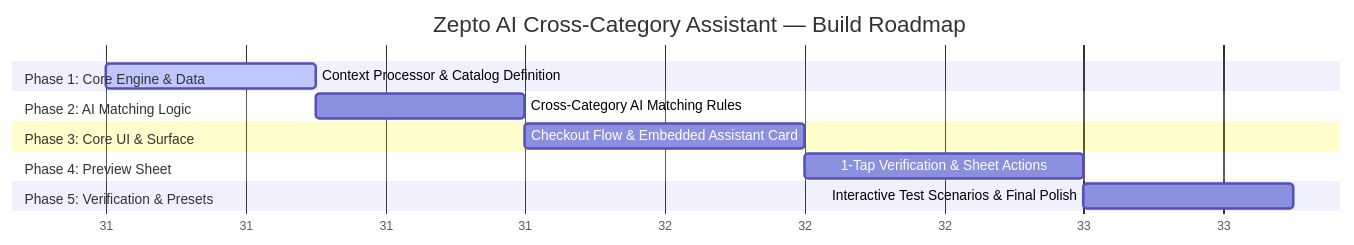
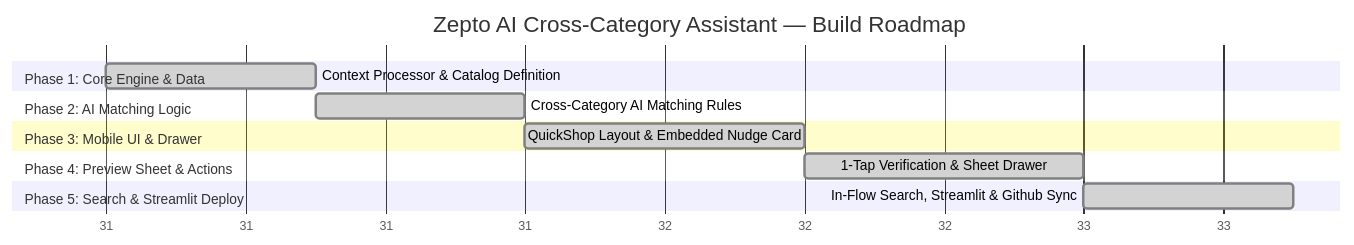
Before and after one commit to kartikey-dotcom/Zepto-MVP: the diagram in Docs/PhaseWiseImplementationPlan.md, drawn with Mermaid. The commit also changed other lines of this file and 2 other files, not shown here.

Commit message:
style: remove Streamlit top header and sync documentation files

````diff
--- a/Docs/PhaseWiseImplementationPlan.md
+++ b/Docs/PhaseWiseImplementationPlan.md
@@ -18,17 +18,17 @@
 ```mermaid
 gantt
     title Zepto AI Cross-Category Assistant — Build Roadmap
     dateFormat  YYYY-MM-DD
     axisFormat %W
 
     section Phase 1: Core Engine & Data
-    Context Processor & Catalog Definition    :active, p1, 2026-08-03, 3d
+    Context Processor & Catalog Definition    :done, p1, 2026-08-03, 3d
     section Phase 2: AI Matching Logic
-    Cross-Category AI Matching Rules           :p2, after p1, 3d
-    section Phase 3: Core UI & Surface
-    Checkout Flow & Embedded Assistant Card    :p3, after p2, 4d
-    section Phase 4: Preview Sheet
-    1-Tap Verification & Sheet Actions         :p4, after p3, 4d
-    section Phase 5: Verification & Presets
-    Interactive Test Scenarios & Final Polish   :p5, after p4, 3d
+    Cross-Category AI Matching Rules           :done, p2, after p1, 3d
+    section Phase 3: Mobile UI & Drawer
+    QuickShop Layout & Embedded Nudge Card     :done, p3, after p2, 4d
+    section Phase 4: Preview Sheet & Actions
+    1-Tap Verification & Sheet Drawer          :done, p4, after p3, 4d
+    section Phase 5: Search & Streamlit Deploy
+    In-Flow Search, Streamlit & Github Sync    :done, p5, after p4, 3d
 ```
````
